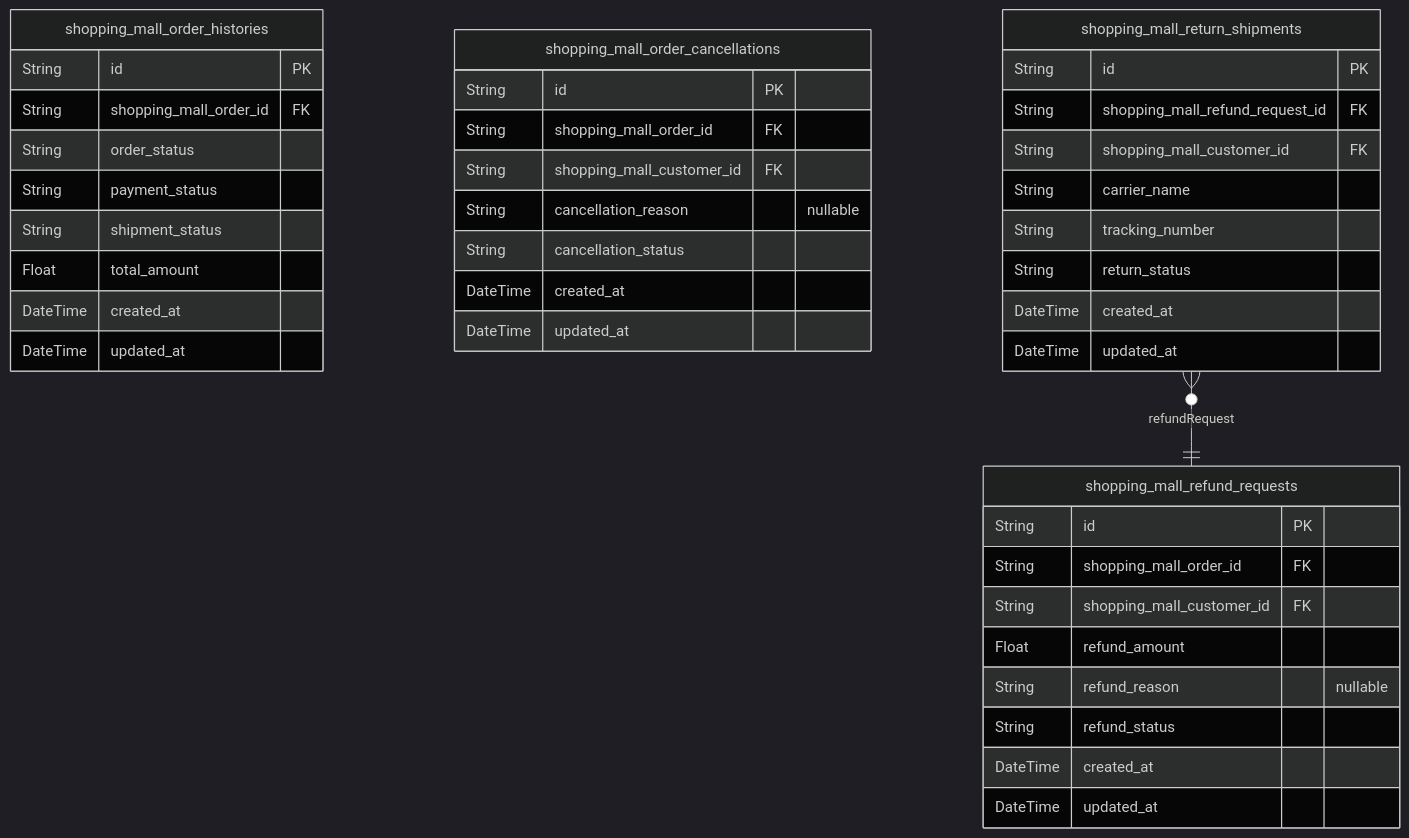
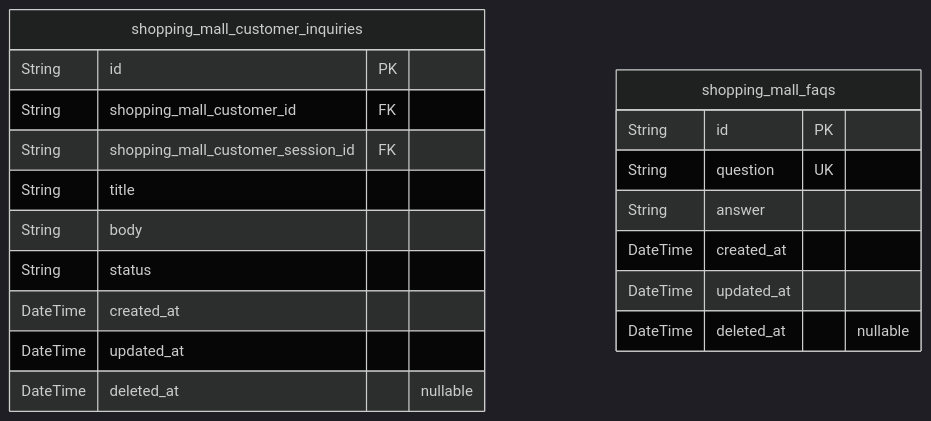
Before and after one commit to wrtnlabs/autobe-examples: the eighth of 10 diagrams in openai/gpt-4.1-mini/shopping/docs/ERD.md, drawn with Mermaid (dark theme). The commit also changed other lines of this file and 22498 other files, not shown here.

````diff
--- a/openai/gpt-4.1-mini/shopping/docs/ERD.md
+++ b/openai/gpt-4.1-mini/shopping/docs/ERD.md
@@ -808,43 +1249,22 @@
 ```mermaid
 erDiagram
-"shopping_mall_order_histories" {
+"shopping_mall_customer_inquiries" {
   String id PK
-  String shopping_mall_order_id FK
-  String order_status
-  String payment_status
-  String shipment_status
-  Float total_amount
+  String shopping_mall_customer_id FK
+  String shopping_mall_customer_session_id FK
+  String title
+  String body
+  String status
   DateTime created_at
   DateTime updated_at
+  DateTime deleted_at "nullable"
 }
-"shopping_mall_order_cancellations" {
+"shopping_mall_faqs" {
   String id PK
-  String shopping_mall_order_id FK
-  String shopping_mall_customer_id FK
-  String cancellation_reason "nullable"
-  String cancellation_status
+  String question UK
+  String answer
   DateTime created_at
   DateTime updated_at
+  DateTime deleted_at "nullable"
 }
-"shopping_mall_refund_requests" {
-  String id PK
-  String shopping_mall_order_id FK
-  String shopping_mall_customer_id FK
-  Float refund_amount
-  String refund_reason "nullable"
-  String refund_status
-  DateTime created_at
-  DateTime updated_at
-}
-"shopping_mall_return_shipments" {
-  String id PK
-  String shopping_mall_refund_request_id FK
-  String shopping_mall_customer_id FK
-  String carrier_name
-  String tracking_number
-  String return_status
-  DateTime created_at
-  DateTime updated_at
-}
-"shopping_mall_return_shipments" }o--|| "shopping_mall_refund_requests" : refundRequest
 ```
````
